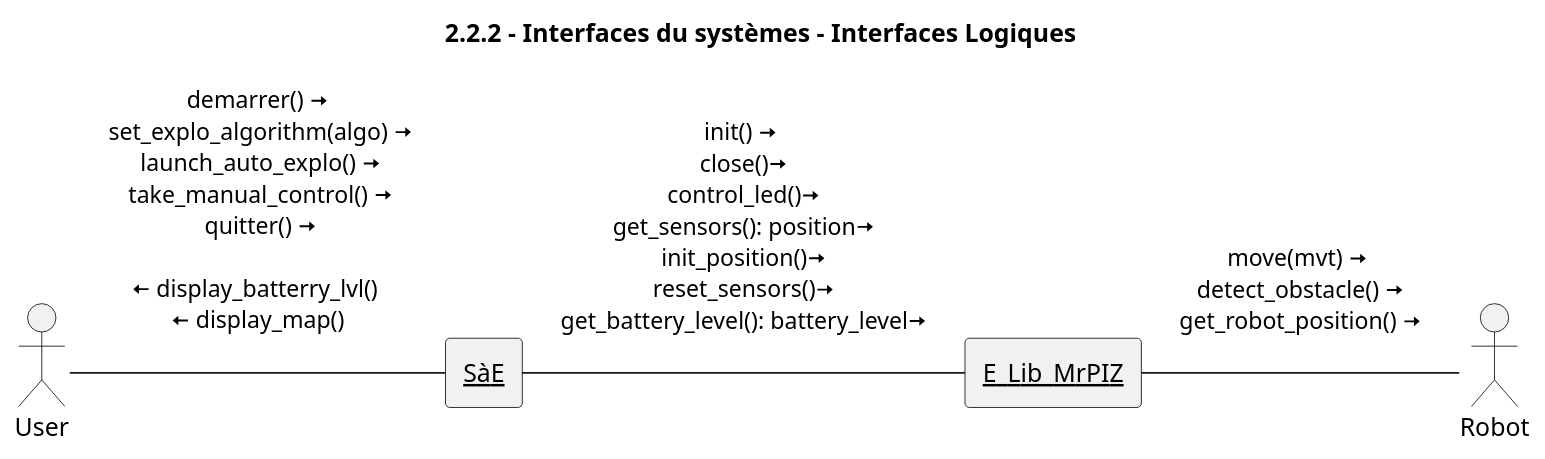
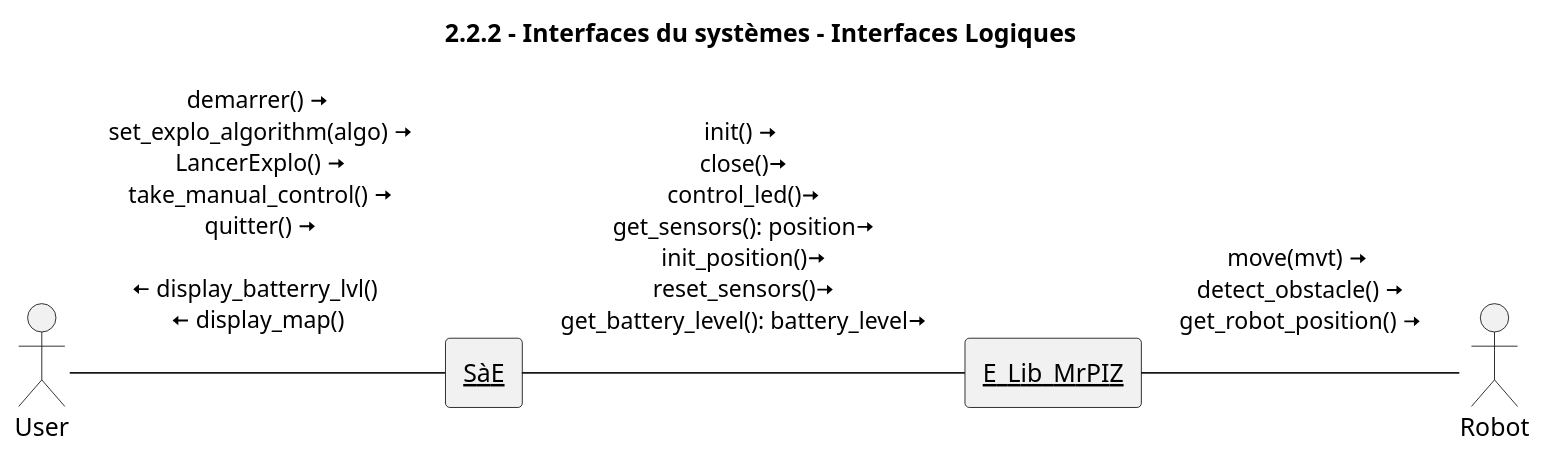
One commit to Larson-09/PATO_Project changed the diagram in Diagrammes UML/2.2.2 - Interfaces du systèmes - Interfaces Logiques/2.2.2 - Interfaces du systèmes - Interfaces Logiques.puml. Above: the diagram before and after it, drawn with PlantUML. The commit also changed 2 other files, not shown here.

Commit message:
Diagramme IHM V1 FR/EN

```diff
--- a/Diagrammes UML/2.2.2 - Interfaces du systèmes - Interfaces Logiques/2.2.2 - Interfaces du systèmes - Interfaces Logiques.puml
+++ b/Diagrammes UML/2.2.2 - Interfaces du systèmes - Interfaces Logiques/2.2.2 - Interfaces du systèmes - Interfaces Logiques.puml
@@ -1,16 +1,16 @@
 @startuml
 title 2.2.2 - Interfaces du systèmes - Interfaces Logiques
 scale 1024*768
 actor User as U
 actor Robot as P
 
 rectangle "<u>SàE</u>" as S{
 }
 rectangle "<u>E_Lib_MrPIZ</u>" as L{
 }
 
 
-U -right- S : demarrer() <&arrow-right>\n set_explo_algorithm(algo) <&arrow-right>\n launch_auto_explo() <&arrow-right>\n take_manual_control() <&arrow-right>\n quitter() <&arrow-right>\n \n<&arrow-left> display_batterry_lvl() \n <&arrow-left> display_map() \n
+U -right- S : demarrer() <&arrow-right>\n set_explo_algorithm(algo) <&arrow-right>\n LancerExplo() <&arrow-right>\n take_manual_control() <&arrow-right>\n quitter() <&arrow-right>\n \n<&arrow-left> display_batterry_lvl() \n <&arrow-left> display_map() \n
 S-right-L : init() <&arrow-right> \n close()<&arrow-right> \n control_led()<&arrow-right> \n get_sensors(): position<&arrow-right> \n init_position()<&arrow-right> \n reset_sensors()<&arrow-right> \n get_battery_level(): battery_level<&arrow-right> \n
 L-right-P : move(mvt) <&arrow-right> \n detect_obstacle() <&arrow-right> \n get_robot_position() <&arrow-right> \n
 @enduml
```
